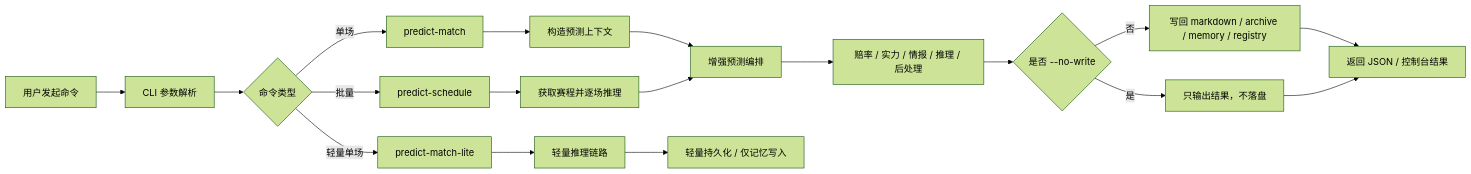
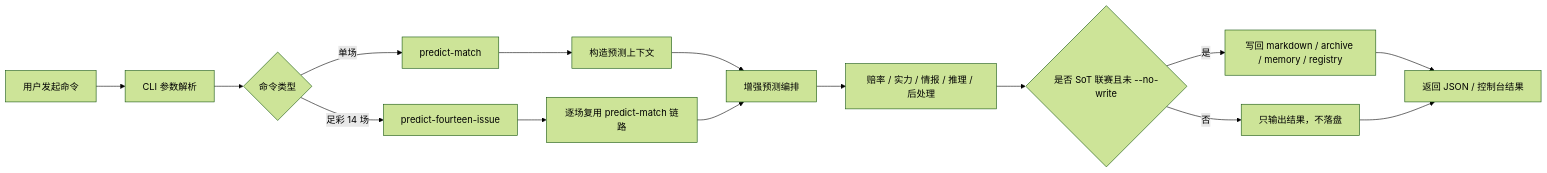
One commit to LorenJun/trae_projects changed the fourth of 8 diagrams in docs/examples/europe_leagues_full_workflow_feishu.md. Above: the diagram before and after it, drawn with Mermaid (forest theme). The commit also changed other lines of this file and 37 other files, not shown here.

````diff
--- a/docs/examples/europe_leagues_full_workflow_feishu.md
+++ b/docs/examples/europe_leagues_full_workflow_feishu.md
@@ -251,24 +250,21 @@
 ```mermaid
 flowchart LR
     A[用户发起命令] --> B[CLI 参数解析]
     B --> C{命令类型}
     C -->|单场| D[predict-match]
-    C -->|批量| E[predict-schedule]
-    C -->|轻量单场| F[predict-match-lite]
+    C -->|足彩 14 场| E[predict-fourteen-issue]
 
     D --> G[构造预测上下文]
-    E --> H[获取赛程并逐场推理]
-    F --> I[轻量推理链路]
+    E --> H[逐场复用 predict-match 链路]
 
     G --> J[增强预测编排]
     H --> J
-    I --> K[轻量持久化 / 仅记忆写入]
 
     J --> L[赔率 / 实力 / 情报 / 推理 / 后处理]
-    L --> M{是否 --no-write}
-    M -->|否| N[写回 markdown / archive / memory / registry]
-    M -->|是| O[只输出结果，不落盘]
+    L --> M{是否 SoT 联赛且未 --no-write}
+    M -->|是| N[写回 markdown / archive / memory / registry]
+    M -->|否| O[只输出结果，不落盘]
 
     N --> P[返回 JSON / 控制台结果]
     O --> P
 ```
````
